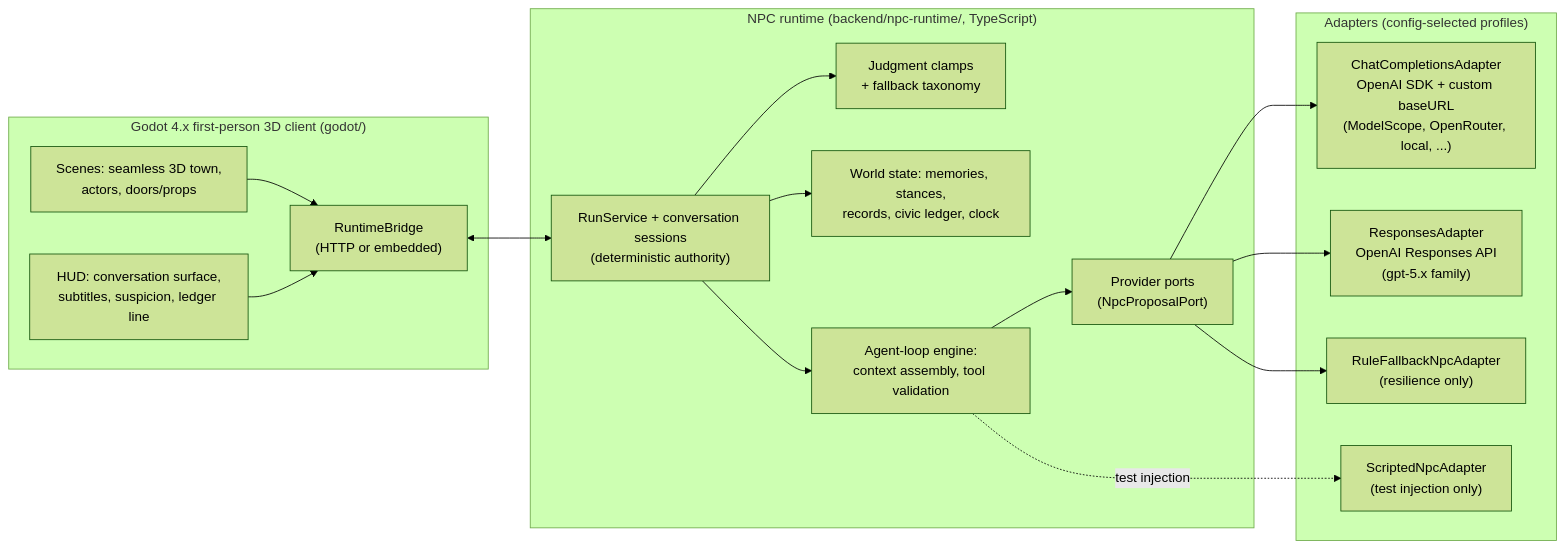
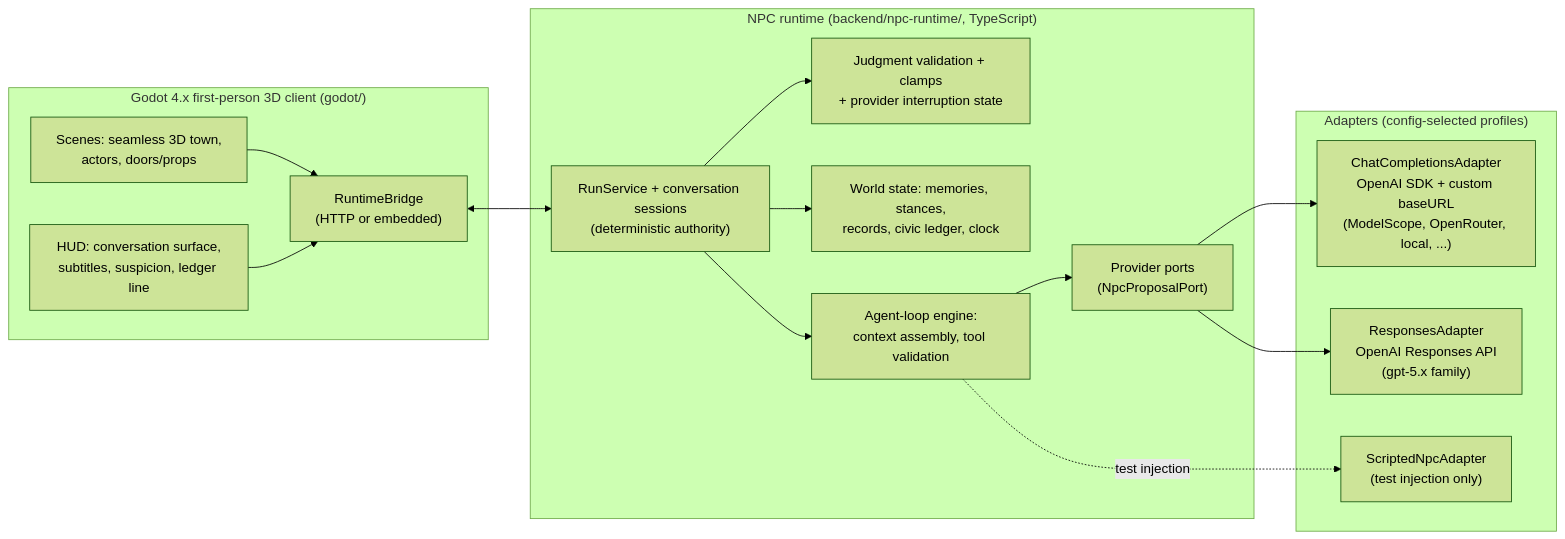
One commit to gigio1023/dream-of-one changed the diagram in docs/tech/architecture.md. Above: the diagram before and after it, drawn with Mermaid (forest theme). The commit also changed 31 other files, not shown here.

````diff
--- a/docs/tech/architecture.md
+++ b/docs/tech/architecture.md
@@ -5,35 +5,33 @@
 ```mermaid
 flowchart LR
     subgraph Client["Godot 4.x first-person 3D client (godot/)"]
         Scenes["Scenes: seamless 3D town,\nactors, doors/props"]
         HUD["HUD: conversation surface,\nsubtitles, suspicion, ledger line"]
         Bridge["RuntimeBridge\n(HTTP or embedded)"]
     end
 
     subgraph Runtime["NPC runtime (backend/npc-runtime/, TypeScript)"]
         Decision["RunService + conversation sessions\n(deterministic authority)"]
-        Suspicion["Judgment clamps\n+ fallback taxonomy"]
+        Suspicion["Judgment validation + clamps\n+ provider interruption state"]
         World["World state: memories, stances,\nrecords, civic ledger, clock"]
         Agent["Agent-loop engine:\ncontext assembly, tool validation"]
         Ports["Provider ports\n(NpcProposalPort)"]
     end
 
     subgraph Providers["Adapters (config-selected profiles)"]
         CC["ChatCompletionsAdapter\nOpenAI SDK + custom baseURL\n(ModelScope, OpenRouter, local, ...)"]
         RESP["ResponsesAdapter\nOpenAI Responses API\n(gpt-5.x family)"]
-        FALLBACK["RuleFallbackNpcAdapter\n(resilience only)"]
         SCRIPTED["ScriptedNpcAdapter\n(test injection only)"]
     end
 
     Scenes --> Bridge
     HUD --> Bridge
     Bridge <--> Decision
     Decision --> Suspicion
     Decision --> World
     Decision --> Agent
     Agent --> Ports
     Ports --> CC
     Ports --> RESP
-    Ports --> FALLBACK
     Agent -. test injection .-> SCRIPTED
 ```
````
